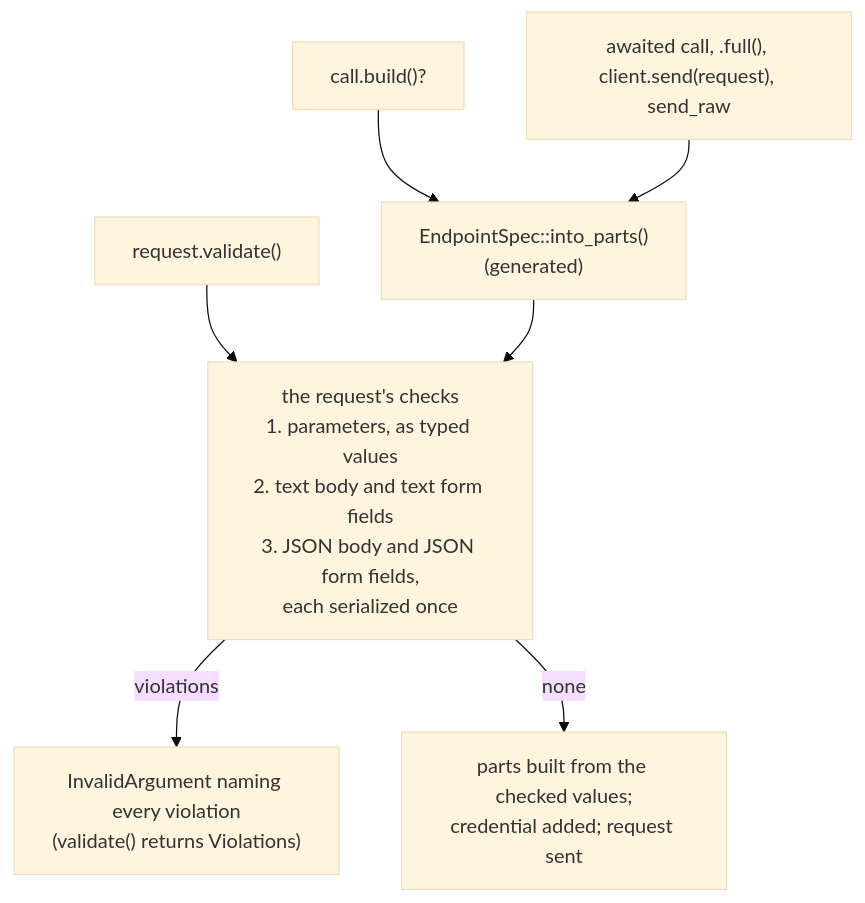
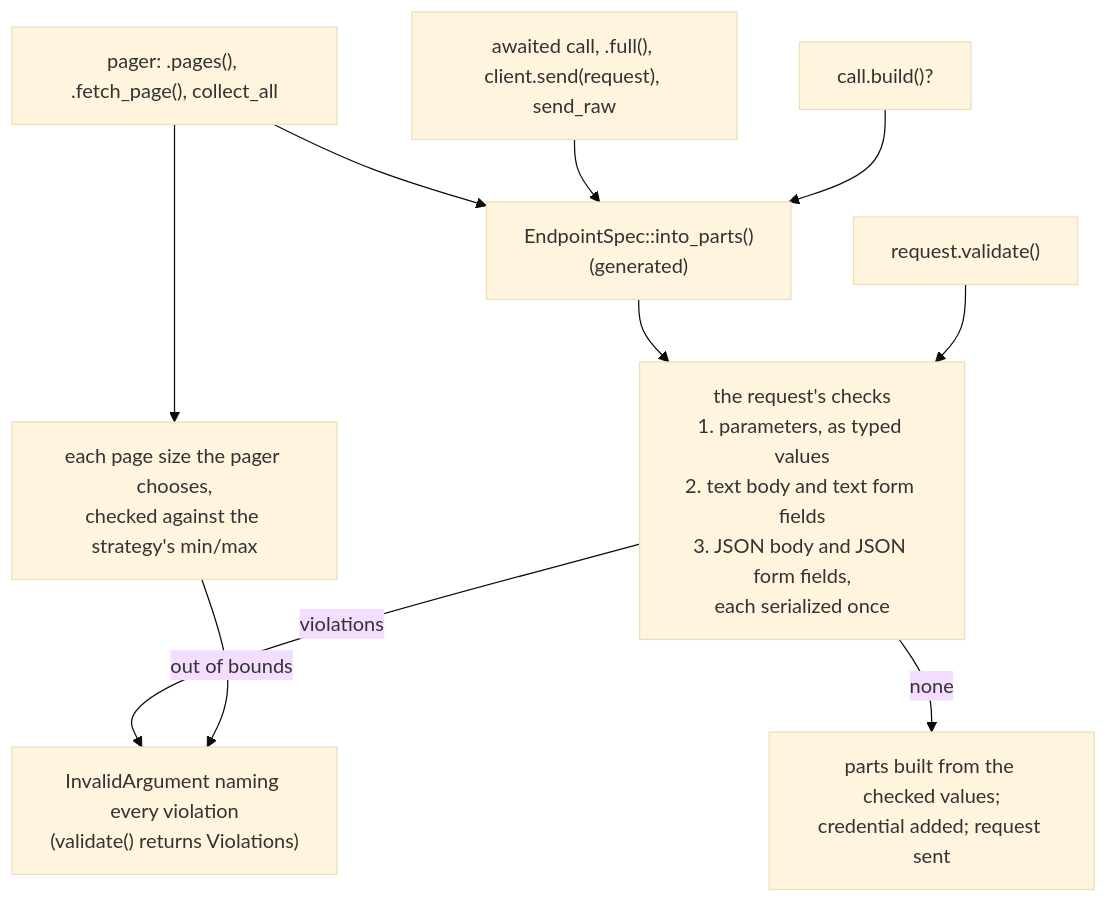
The third of 3 diagrams in schematic/docs/generation/request-side.md (yankeeinlondon/rusty-biscuit), drawn with Mermaid (base theme) before and after one commit. The commit also changed other lines of this file and 51 other files, not shown here.

First line of the commit message:
fix(schematic): close constraint validation and rebuild gaps

````diff
--- a/schematic/docs/generation/request-side.md
+++ b/schematic/docs/generation/request-side.md
@@ -429,10 +429,13 @@
 ```mermaid
 flowchart TD
     V["request.validate()"] --> C
     B["call.build()?"] --> P
     A["awaited call, .full(), client.send(request), send_raw"] --> P
+    G["pager: .pages(), .fetch_page(), collect_all"] --> P
+    G --> Z["each page size the pager chooses,<br/>checked against the strategy's min/max"]
+    Z -->|out of bounds| E
     P["EndpointSpec::into_parts()<br/>(generated)"] --> C
     C["the request's checks<br/>1. parameters, as typed values<br/>2. text body and text form fields<br/>3. JSON body and JSON form fields,<br/>each serialized once"]
     C -->|violations| E["InvalidArgument naming every violation<br/>(validate() returns Violations)"]
     C -->|none| S["parts built from the checked values;<br/>credential added; request sent"]
 ```
````
